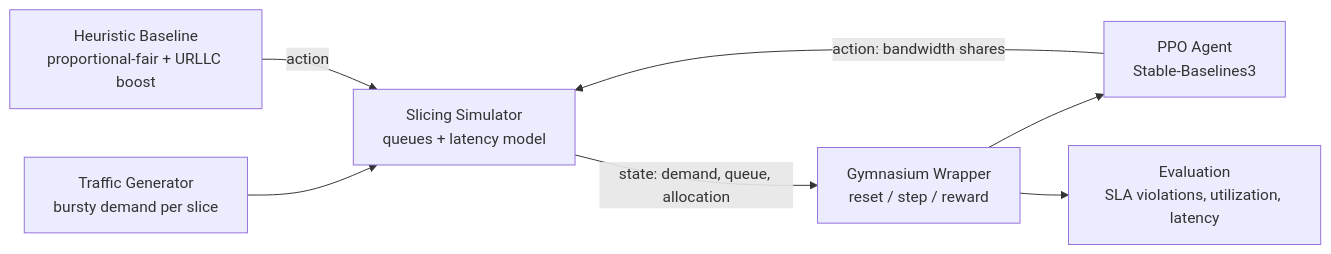
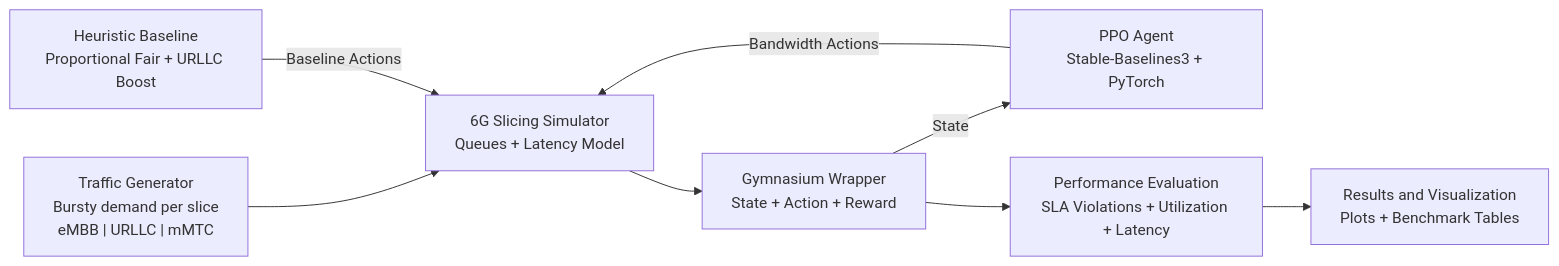
One commit to Shriraamakrishanan/Native-Resource-Allocation-Dynamic-6G changed the diagram in README.md. Above: the diagram before and after it, drawn with Mermaid. The commit also changed other lines of this file, not shown here.

Commit message:
Enhance README with updated architecture and details
Updated architecture diagram and clarified traffic generator details.

````diff
--- a/README.md
+++ b/README.md
@@ -18,9 +19,18 @@
 ```mermaid
 flowchart LR
-    A["Traffic Generator<br/>bursty demand per slice"] --> B["Slicing Simulator<br/>queues + latency model"]
-    B -->|"state: demand, queue, allocation"| C["Gymnasium Wrapper<br/>reset / step / reward"]
-    C --> D["PPO Agent<br/>Stable-Baselines3"]
-    D -->|"action: bandwidth shares"| B
-    E["Heuristic Baseline<br/>proportional-fair + URLLC boost"] -->|"action"| B
-    C --> F["Evaluation<br/>SLA violations, utilization, latency"]
+    A["Traffic Generator<br/>Bursty demand per slice<br/>eMBB | URLLC | mMTC"]
+    B["6G Slicing Simulator<br/>Queues + Latency Model"]
+    C["Gymnasium Wrapper<br/>State + Action + Reward"]
+    D["PPO Agent<br/>Stable-Baselines3 + PyTorch"]
+    E["Heuristic Baseline<br/>Proportional Fair + URLLC Boost"]
+    F["Performance Evaluation<br/>SLA Violations + Utilization + Latency"]
+    G["Results and Visualization<br/>Plots + Benchmark Tables"]
+
+    A --> B
+    B --> C
+    C -->|"State"| D
+    D -->|"Bandwidth Actions"| B
+    E -->|"Baseline Actions"| B
+    C --> F
+    F --> G
 ```
````
